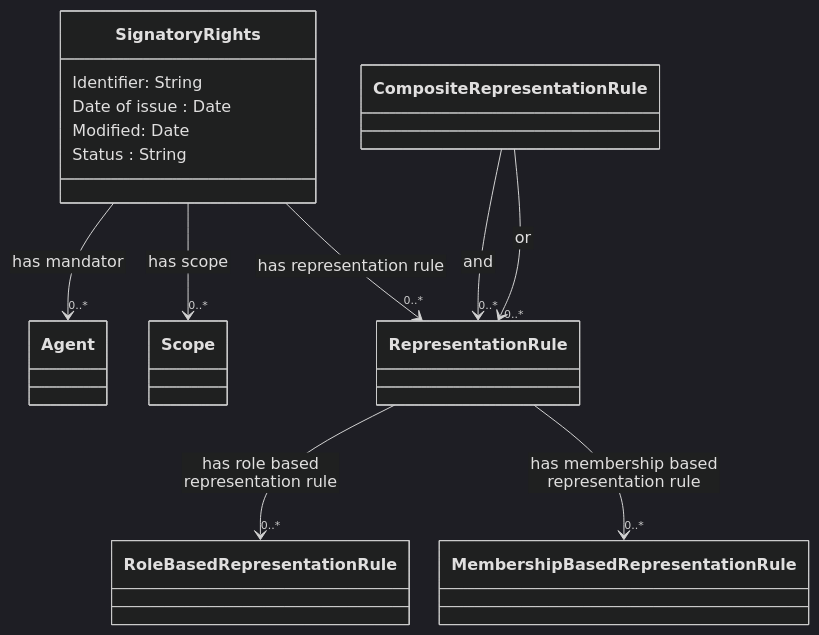
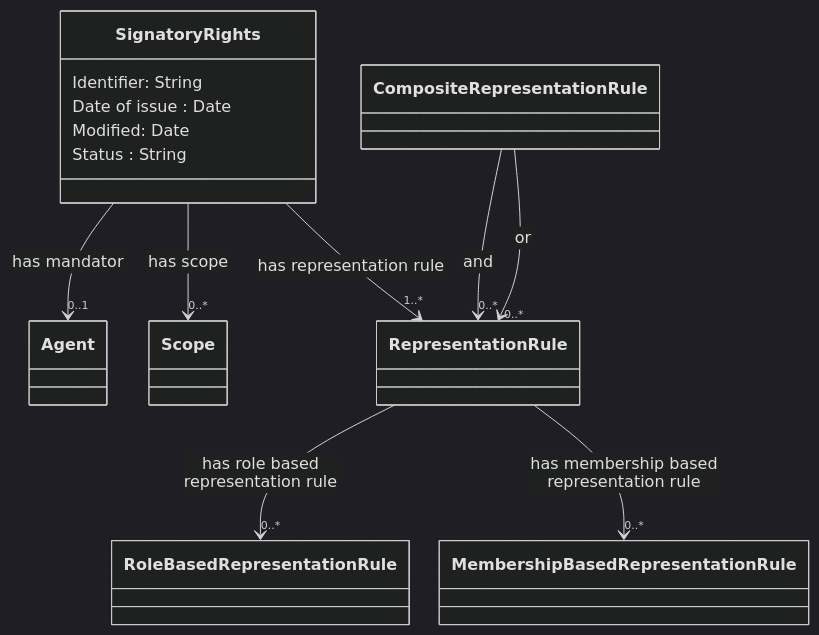
One commit to nordicsmartgovernment/Nordic-Signatory-Rights-Model changed the diagram in README.md. Above: the diagram before and after it, drawn with Mermaid (dark theme).

````diff
--- a/README.md
+++ b/README.md
@@ -22,34 +22,34 @@
 ```mermaid
  %%{init:{'flowchart':{'nodeSpacing': 30, 'rankSpacing': 95, 'htmlLabels': false}}}%%
     classDiagram
        
         class Signatory Rights {
             Identifier: String
             Date of issue : Date
             Modified: Date
             Status : String
         }
 
-        Signatory Rights --> "0..*" Agent : has mandator
+        Signatory Rights --> "0..1" Agent : has mandator
         Signatory Rights --> "0..*" Scope : has scope
-        Signatory Rights --> "0..*" Representation Rule : has representation rule
+        Signatory Rights --> "1..*" Representation Rule : has representation rule
 
         class Agent {
         }
 
         class Representation Rule {
         }
 
         Representation Rule  --> "0..*" Role Based Representation Rule : has role based representation rule
         Representation Rule --> "0..*" Membership Based Representation Rule : has membership based representation rule
 
         class Composite Representation Rule {
         }
 
         Composite Representation Rule --> "0..*" Representation Rule : and
         Composite Representation Rule --> "0..*" Representation Rule : or
 
         class Scope {
         }
 
 ```
````
